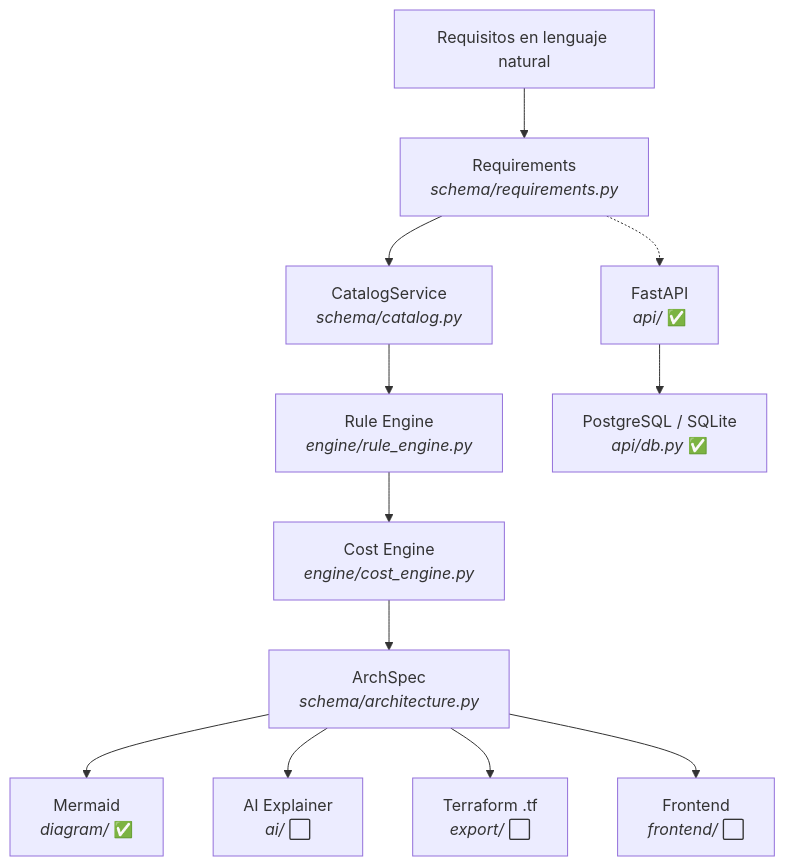
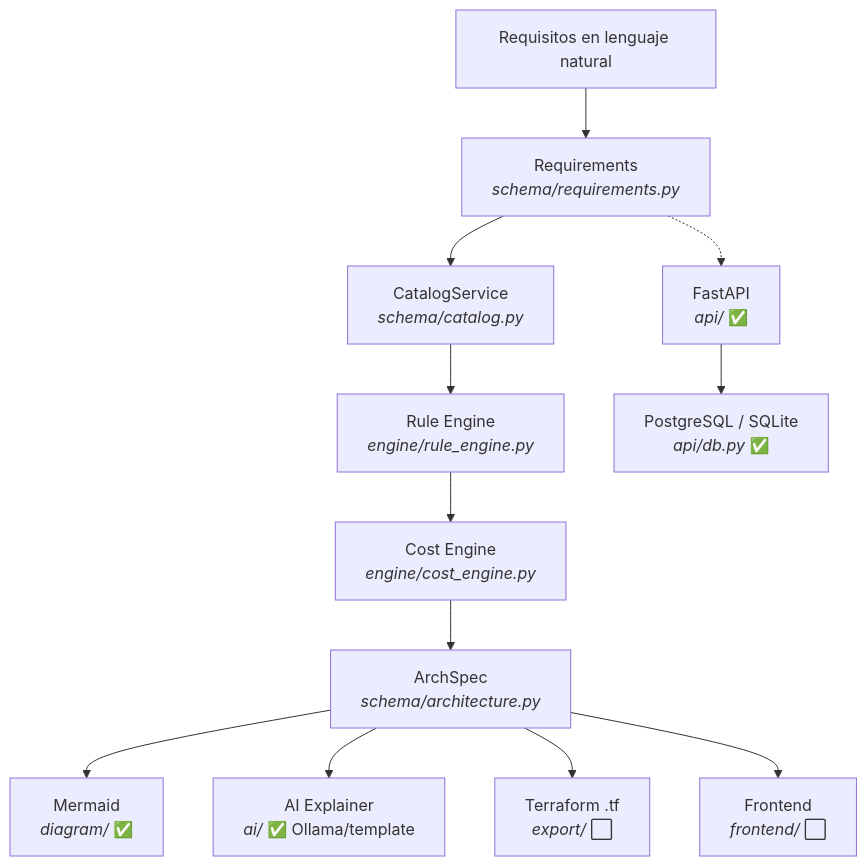
Before and after one commit to leyverAAA/InfraWise: the first of 2 diagrams in README.md, drawn with Mermaid. The commit also changed other lines of this file and 11 other files, not shown here.

````diff
--- a/README.md
+++ b/README.md
@@ -272,14 +274,14 @@
 ```mermaid
 flowchart TD
     U["Requisitos en lenguaje natural"] --> REQS["Requirements<br/><i>schema/requirements.py</i>"]
     REQS --> CAT["CatalogService<br/><i>schema/catalog.py</i>"]
     CAT --> RE["Rule Engine<br/><i>engine/rule_engine.py</i>"]
     RE --> CE["Cost Engine<br/><i>engine/cost_engine.py</i>"]
     CE --> SPEC["ArchSpec<br/><i>schema/architecture.py</i>"]
     SPEC --> DIAG["Mermaid<br/><i>diagram/</i> ✅"]
-    SPEC --> EXPL["AI Explainer<br/><i>ai/</i> ⬜"]
+    SPEC --> EXPL["AI Explainer<br/><i>ai/</i> ✅ Ollama/template"]
     SPEC --> TF["Terraform .tf<br/><i>export/</i> ⬜"]
     SPEC --> UI["Frontend<br/><i>frontend/</i> ⬜"]
     REQS -.-> API["FastAPI<br/><i>api/</i> ✅"]
     API --> DB["PostgreSQL / SQLite<br/><i>api/db.py</i> ✅"]
 ```
````
